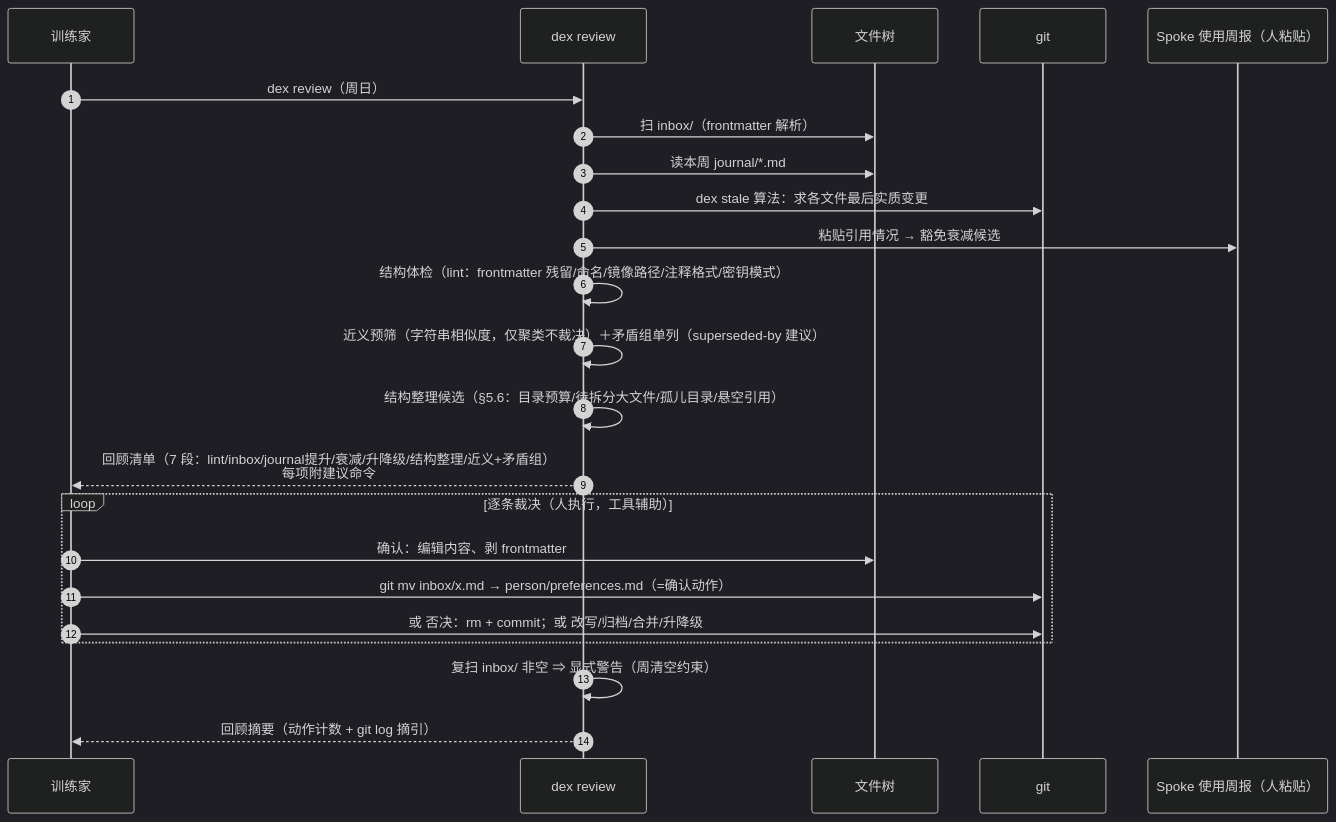
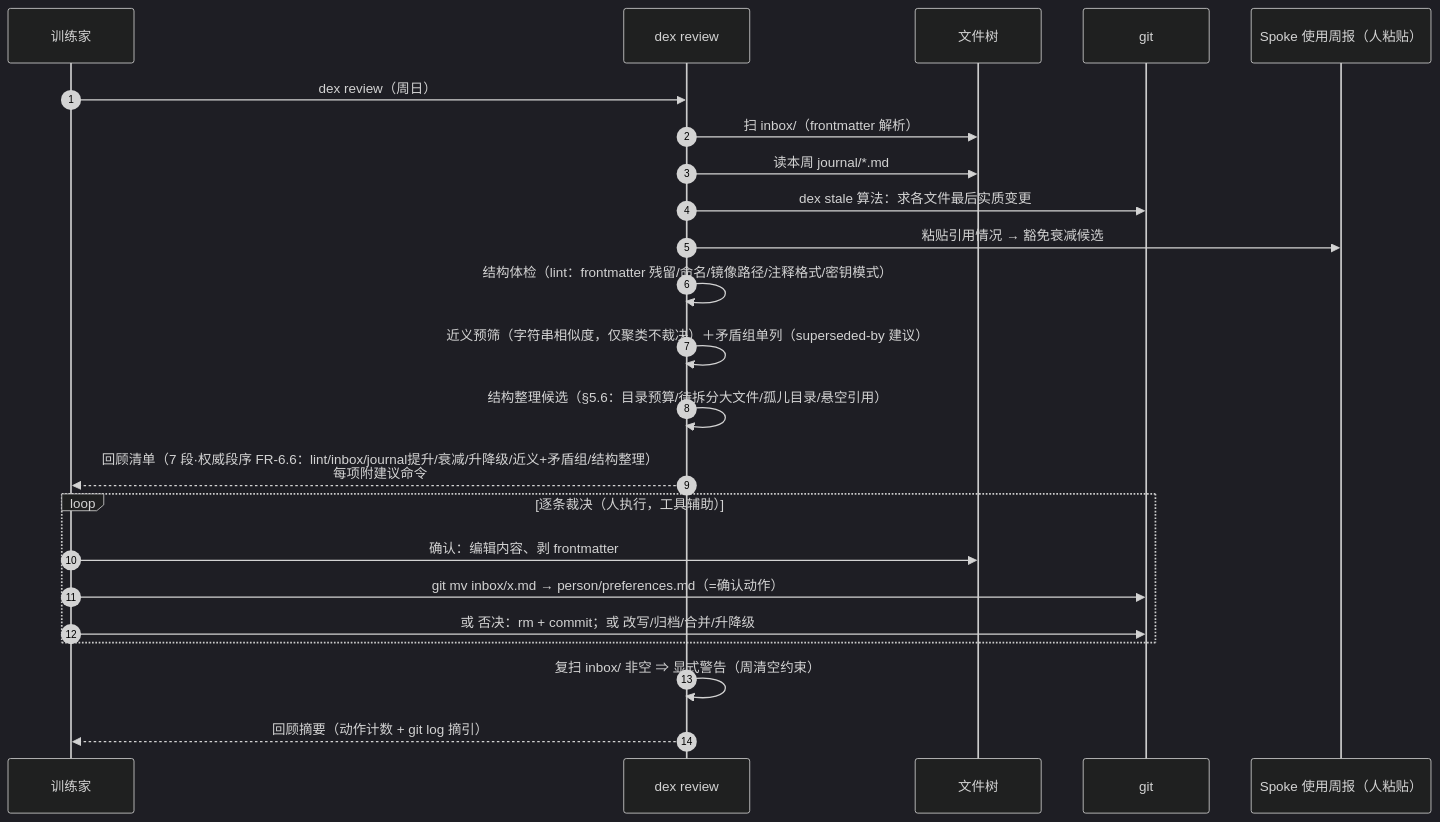
Before and after one commit to Jo0OCTsai/pokemon-remember-you: the ninth of 15 diagrams in docs/DESIGN.md, drawn with Mermaid (dark theme). The commit also changed other lines of this file and 5 other files, not shown here.

First line of the commit message:
docs: debt 清偿（需求/设计 v1.11）+ 场景推演时序图（推演 v1.5）

````diff
--- a/docs/DESIGN.md
+++ b/docs/DESIGN.md
@@ -705,27 +739,27 @@
 ```mermaid
 sequenceDiagram
     autonumber
     participant US as 训练家
     participant RV as dex review
     participant FS as 文件树
     participant GT as git
     participant SP as Spoke 使用周报（人粘贴）
 
     US->>RV: dex review（周日）
     RV->>FS: 扫 inbox/（frontmatter 解析）
     RV->>FS: 读本周 journal/*.md
     RV->>GT: dex stale 算法：求各文件最后实质变更
     RV->>SP: 粘贴引用情况 → 豁免衰减候选
     RV->>RV: 结构体检（lint：frontmatter 残留/命名/镜像路径/注释格式/密钥模式）
     RV->>RV: 近义预筛（字符串相似度，仅聚类不裁决）＋矛盾组单列（superseded-by 建议）
     RV->>RV: 结构整理候选（§5.6：目录预算/待拆分大文件/孤儿目录/悬空引用）
-    RV-->>US: 回顾清单（7 段：lint/inbox/journal提升/衰减/升降级/结构整理/近义+矛盾组）<br/>每项附建议命令
+    RV-->>US: 回顾清单（7 段·权威段序 FR-6.6：lint/inbox/journal提升/衰减/升降级/近义+矛盾组/结构整理）<br/>每项附建议命令
 
     loop 逐条裁决（人执行，工具辅助）
         US->>FS: 确认：编辑内容、剥 frontmatter
         US->>GT: git mv inbox/x.md → person/preferences.md（=确认动作）
         US->>GT: 或 否决：rm + commit；或 改写/归档/合并/升降级
     end
     RV->>RV: 复扫 inbox/ 非空 ⇒ 显式警告（周清空约束）
     RV-->>US: 回顾摘要（动作计数 + git log 摘引）
 ```
````
